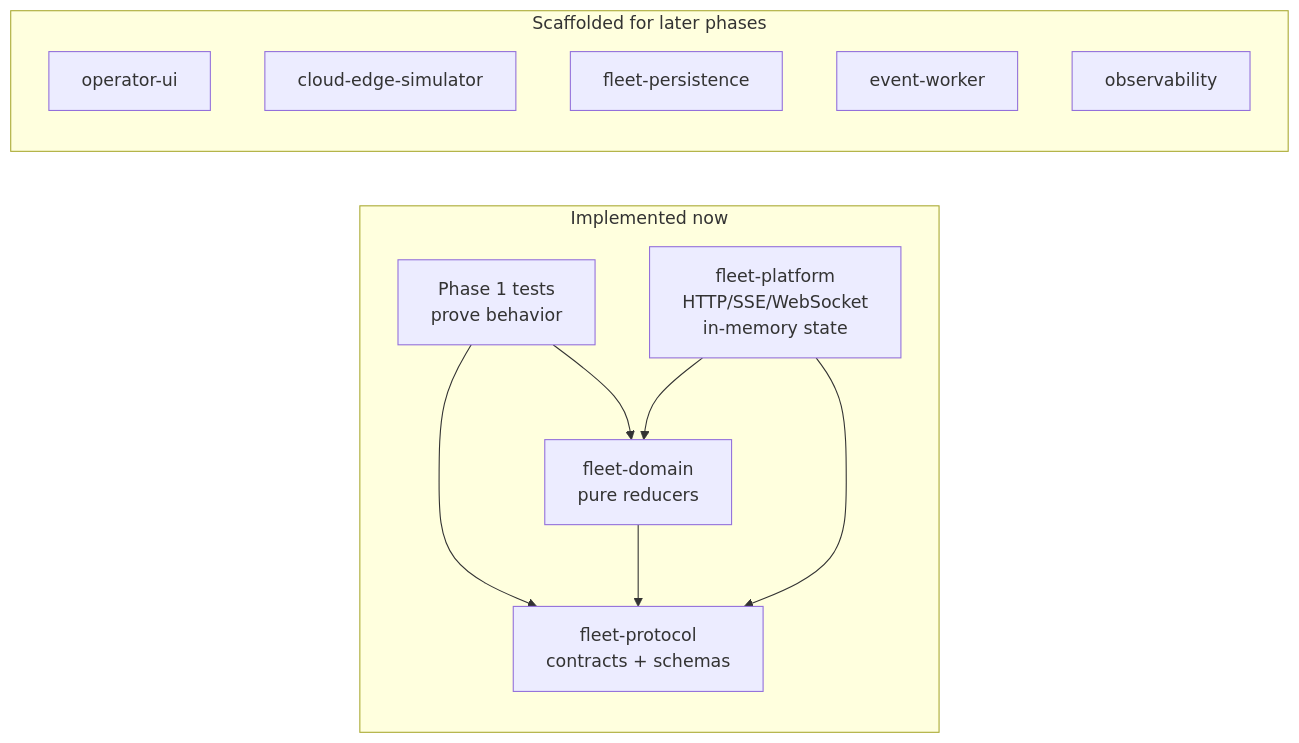
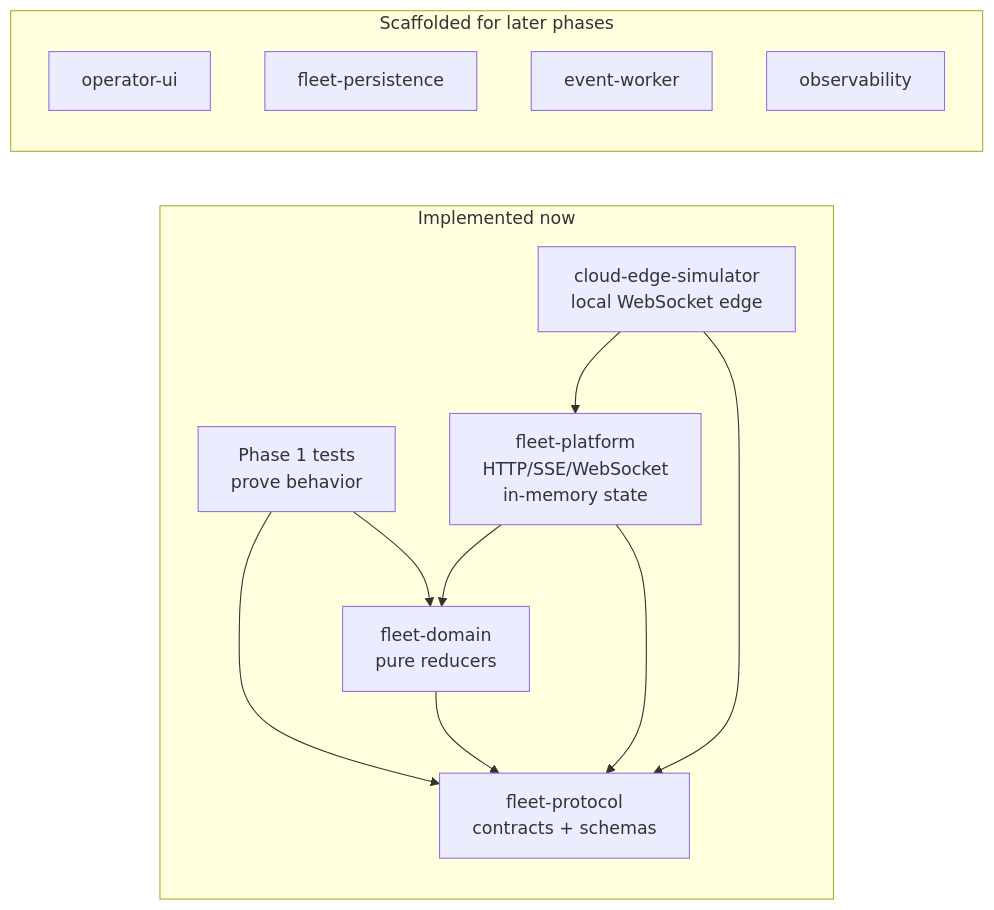
The first of 4 diagrams in docs/architecture/current-architecture.md (reinhard-z/RoboOps-Control-Plane), drawn with Mermaid before and after one commit. The commit also changed other lines of this file and 7 other files, not shown here.

Commit message:
Implement cloud edge simulator

````diff
--- a/docs/architecture/current-architecture.md
+++ b/docs/architecture/current-architecture.md
@@ -20,22 +24,24 @@
 ```mermaid
 flowchart LR
   subgraph Implemented["Implemented now"]
     Tests["Phase 1 tests<br/>prove behavior"]
     Domain["fleet-domain<br/>pure reducers"]
     Protocol["fleet-protocol<br/>contracts + schemas"]
     Api["fleet-platform<br/>HTTP/SSE/WebSocket<br/>in-memory state"]
+    Simulator["cloud-edge-simulator<br/>local WebSocket edge"]
     Tests --> Domain
     Tests --> Protocol
     Domain --> Protocol
     Api --> Domain
     Api --> Protocol
+    Simulator --> Protocol
+    Simulator --> Api
   end
 
   subgraph Placeholders["Scaffolded for later phases"]
     UI["operator-ui"]
-    Simulator["cloud-edge-simulator"]
     Persistence["fleet-persistence"]
     Worker["event-worker"]
     Observability["observability"]
   end
 ```
````
